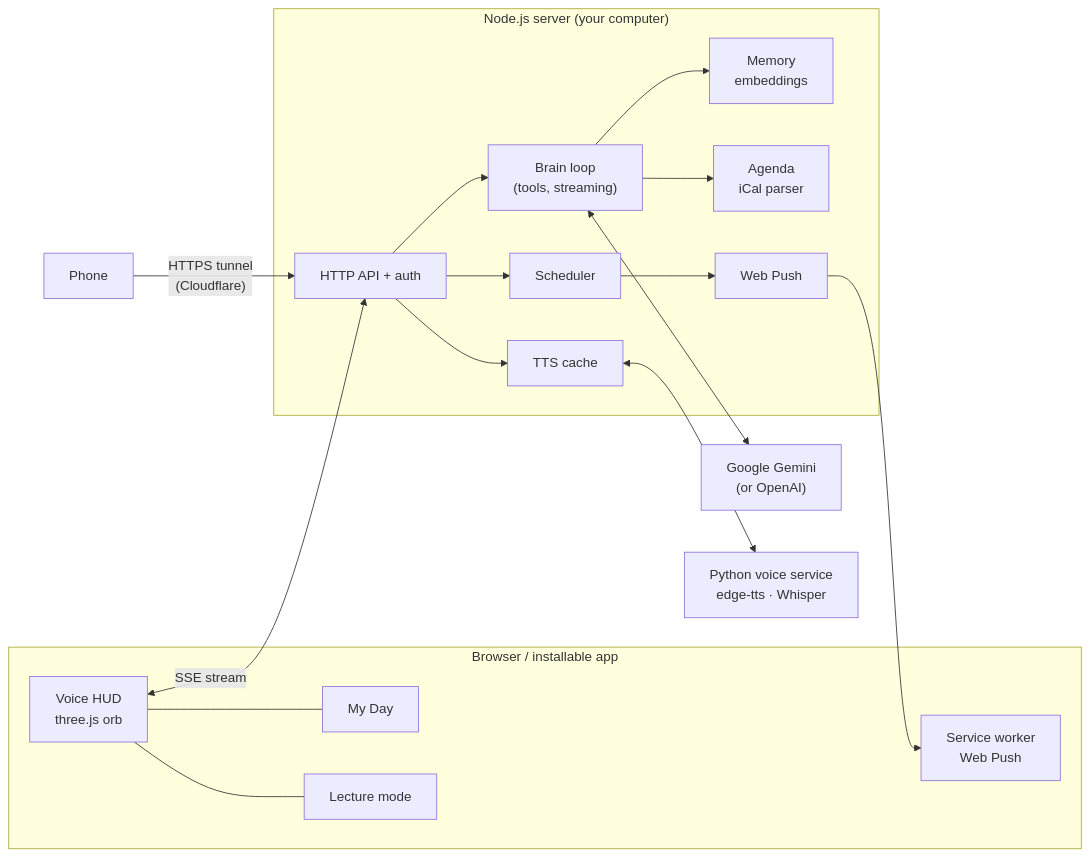
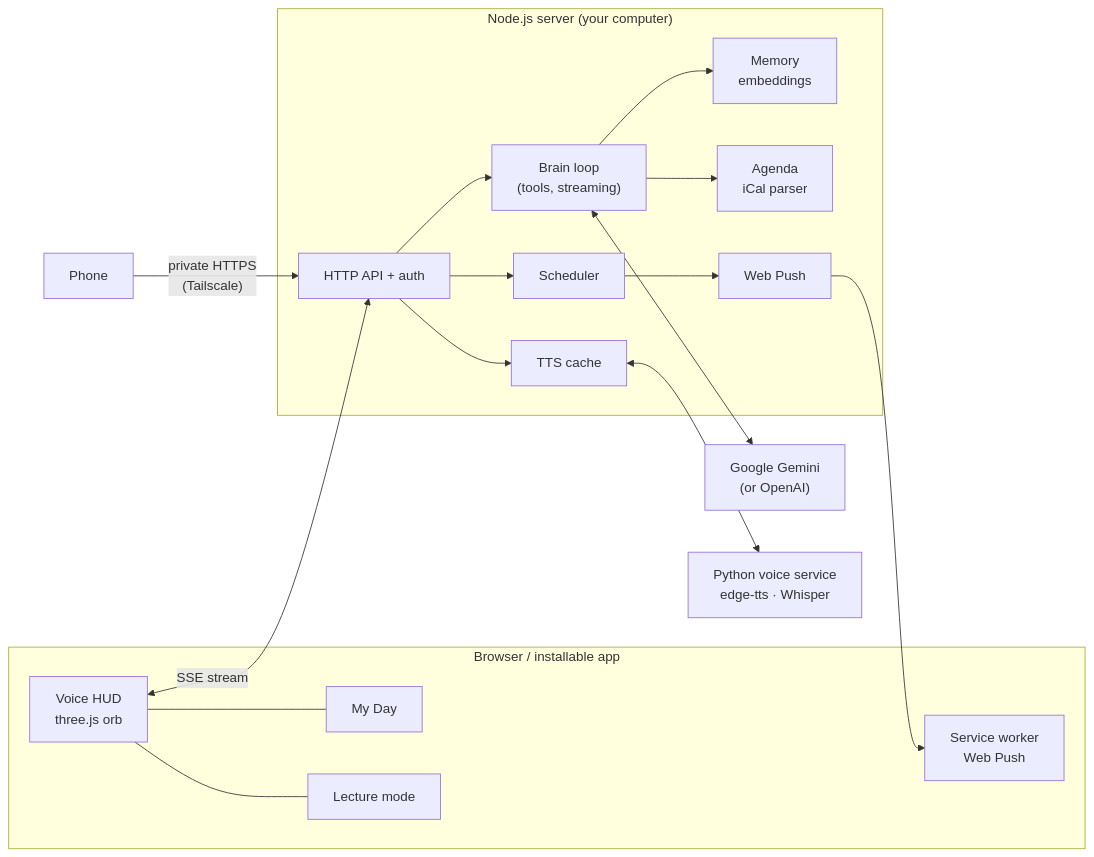
One commit to Zeus-coding/jarvis changed the diagram in README.md. Above: the diagram before and after it, drawn with Mermaid. The commit also changed other lines of this file and 2 other files, not shown here.

Commit message:
README: Tailscale per il telefono; licenze di terze parti in un file separato

````diff
--- a/README.md
+++ b/README.md
@@ -25,20 +25,20 @@
 ```mermaid
 flowchart LR
   subgraph Browser["Browser / installable app"]
     UI["Voice HUD<br/>three.js orb"] --- Day["My Day"]
     UI --- Lesson["Lecture mode"]
     SW["Service worker<br/>Web Push"]
   end
   subgraph Server["Node.js server (your computer)"]
     API["HTTP API + auth"] --> Brain["Brain loop<br/>(tools, streaming)"]
     Brain --> Mem["Memory<br/>embeddings"]
     Brain --> Agenda["Agenda<br/>iCal parser"]
     API --> Sched["Scheduler"] --> Push["Web Push"]
     API --> TTS["TTS cache"]
   end
   UI <-- "SSE stream" --> API
   Brain <--> Gemini["Google Gemini<br/>(or OpenAI)"]
   TTS <--> Voice["Python voice service<br/>edge-tts · Whisper"]
   Push --> SW
-  Phone["Phone"] -- "HTTPS tunnel<br/>(Cloudflare)" --> API
+  Phone["Phone"] -- "private HTTPS<br/>(Tailscale)" --> API
 ```
````
